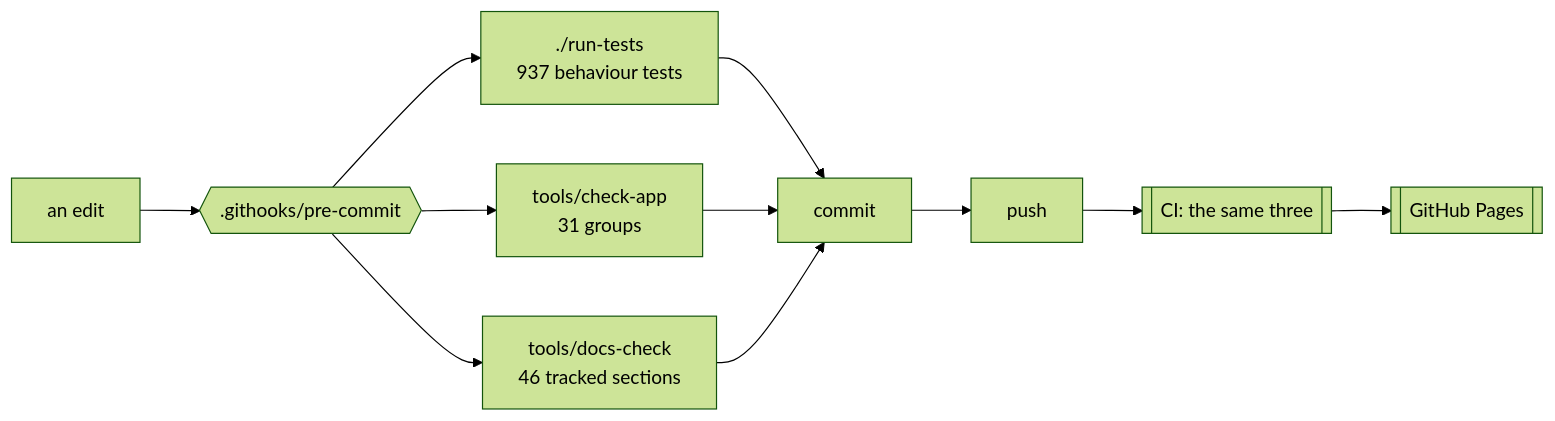
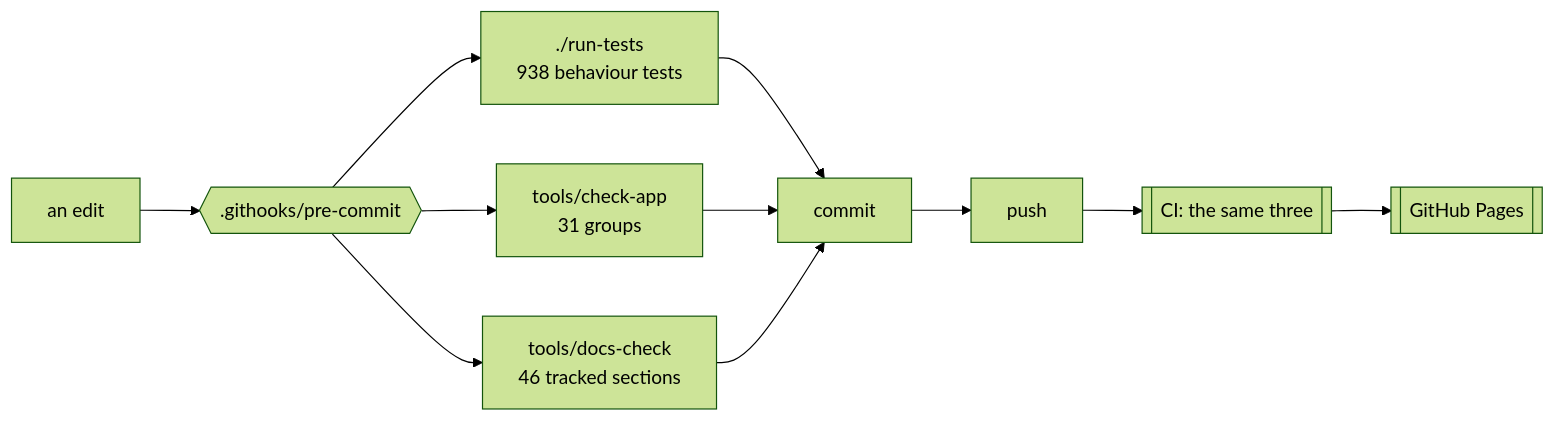
The first of 3 diagrams in docs/DEVELOPING.md (minormending/crystal-pilot-mobile), drawn with Mermaid (forest theme) before and after one commit. The commit also changed other lines of this file and 7 other files, not shown here.

````diff
--- a/docs/DEVELOPING.md
+++ b/docs/DEVELOPING.md
@@ -15,12 +15,12 @@
 ```mermaid
 flowchart LR
     E[an edit] --> H{{".githooks/pre-commit"}}
-    H --> T["./run-tests<br/>937 behaviour tests"]
+    H --> T["./run-tests<br/>938 behaviour tests"]
     H --> C["tools/check-app<br/>31 groups"]
     H --> D["tools/docs-check<br/>46 tracked sections"]
     T --> OK[commit]
     C --> OK
     D --> OK
     OK --> P[push] --> CI[["CI: the same three"]]
     CI --> PG[[GitHub Pages]]
 ```
````
